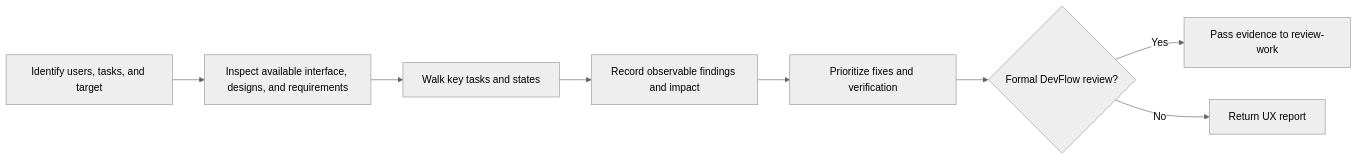
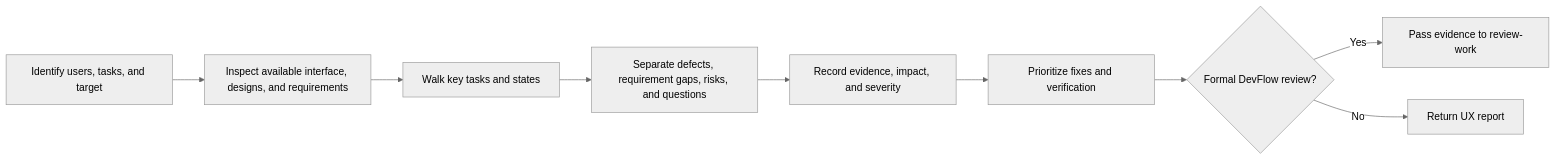
One commit to wgentil/devflow changed the diagram in skills/ux-reviewer/SKILL.md. Above: the diagram before and after it, drawn with Mermaid (neutral theme). The commit also changed other lines of this file and 4 other files, not shown here.

Commit message:
Clarify UX finding classification and impact severity

````diff
--- a/skills/ux-reviewer/SKILL.md
+++ b/skills/ux-reviewer/SKILL.md
@@ -10,10 +10,11 @@
 ```mermaid
 flowchart LR
     Scope[Identify users, tasks, and target] --> Evidence[Inspect available interface, designs, and requirements]
     Evidence --> Journey[Walk key tasks and states]
-    Journey --> Findings[Record observable findings and impact]
+    Journey --> Classify[Separate defects, requirement gaps, risks, and questions]
+    Classify --> Findings[Record evidence, impact, and severity]
     Findings --> Report[Prioritize fixes and verification]
     Report --> Gate{Formal DevFlow review?}
     Gate -->|Yes| Review[Pass evidence to review-work]
     Gate -->|No| Done[Return UX report]
 ```
````
